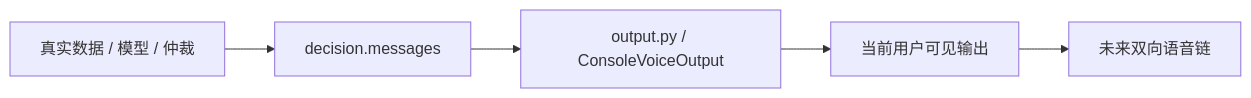
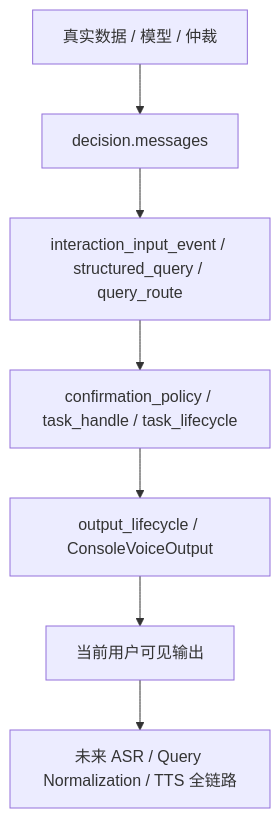
The sixth of 7 diagrams in asurada-core/CORE_WORKFLOW_CN.md (Sn55555/Asurada), drawn with Mermaid before and after one commit. The commit also changed other lines of this file and 8 other files, not shown here.

````diff
--- a/asurada-core/CORE_WORKFLOW_CN.md
+++ b/asurada-core/CORE_WORKFLOW_CN.md
@@ -273,7 +337,9 @@
 ```mermaid
-flowchart LR
+flowchart TB
     A["真实数据 / 模型 / 仲裁"] --> B["decision.messages"]
-    B --> C["output.py / ConsoleVoiceOutput"]
-    C --> D["当前用户可见输出"]
-    D --> E["未来双向语音链"]
+    B --> C["interaction_input_event / structured_query / query_route"]
+    C --> D["confirmation_policy / task_handle / task_lifecycle"]
+    D --> E["output_lifecycle / ConsoleVoiceOutput"]
+    E --> F["当前用户可见输出"]
+    F --> G["未来 ASR / Query Normalization / TTS 全链路"]
 ```
````
